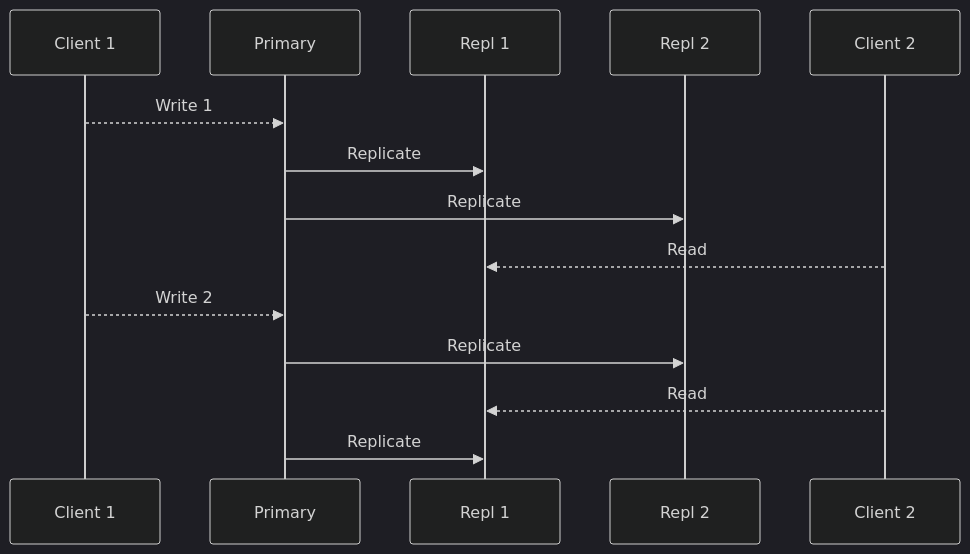
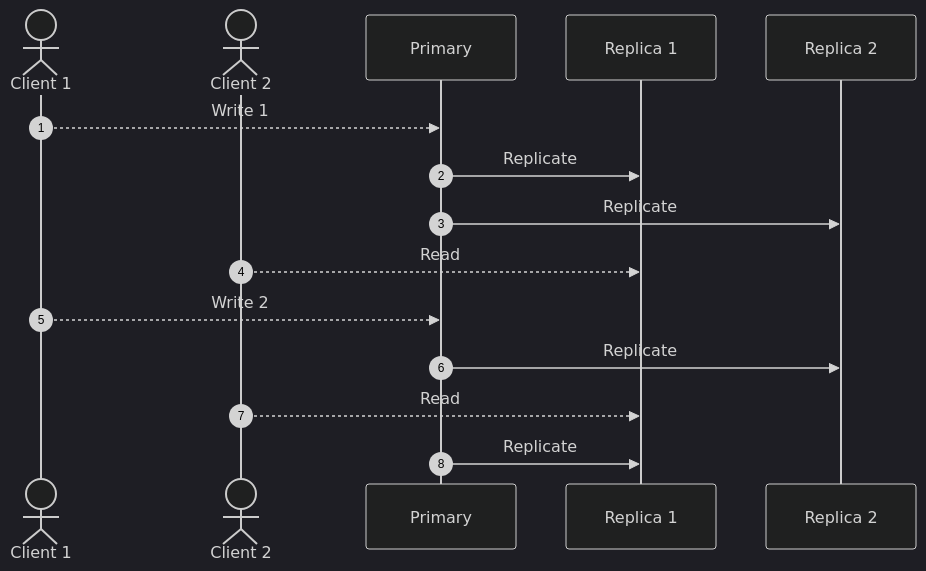
One commit to ashrafuzzaman/ashrafuzzaman.github.io changed the diagram in src/content/slides/cap.md. Above: the diagram before and after it, drawn with Mermaid (dark theme). The commit also changed other lines of this file and 4 other files, not shown here.

````diff
--- a/src/content/slides/cap.md
+++ b/src/content/slides/cap.md
@@ -60,11 +60,16 @@
 ```mermaid
 sequenceDiagram
+  autonumber
+  actor Client 1
+  actor Client 2
+
   Client 1-->>Primary: Write 1
-  Primary->>Repl 1: Replicate
-  Primary->>Repl 2: Replicate
-  Client 2-->>Repl 1: Read
+  Primary->>Replica 1: Replicate
+  Primary->>Replica 2: Replicate
+  Client 2-->>Replica 1: Read
+
   Client 1-->>Primary: Write 2
-  Primary->>Repl 2: Replicate
-  Client 2-->>Repl 1: Read
-  Primary->>Repl 1: Replicate
+  Primary->>Replica 2: Replicate
+  Client 2-->>Replica 1: Read
+  Primary->>Replica 1: Replicate
 ```
````
